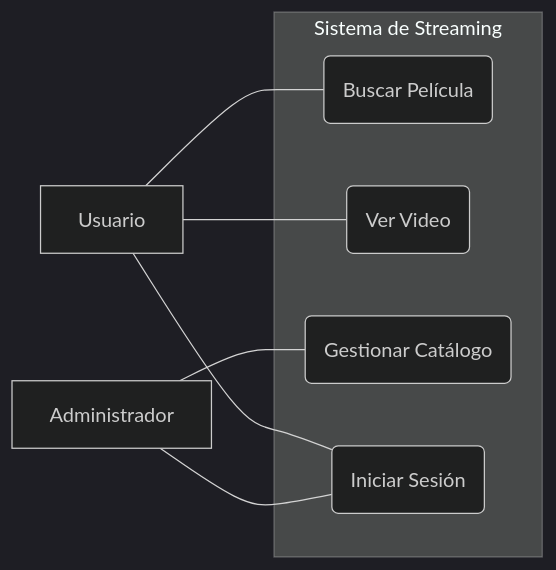
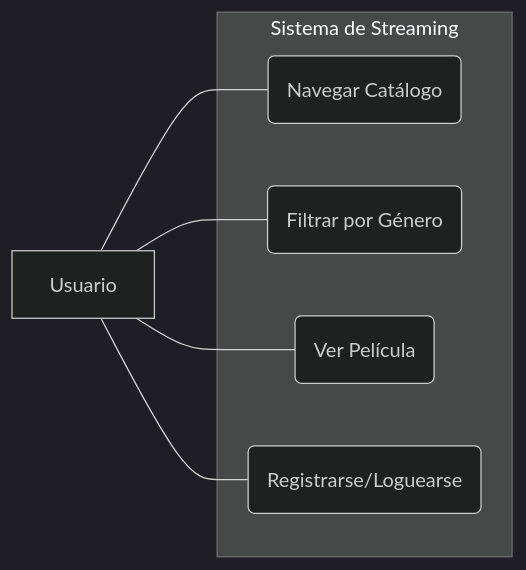
Before and after one commit to Angeluchidev/app_streaming_web: the first of 2 diagrams in DOCUMENTACION_UML.md, drawn with Mermaid (dark theme). The commit also changed other lines of this file and 3 other files, not shown here.

````diff
--- a/DOCUMENTACION_UML.md
+++ b/DOCUMENTACION_UML.md
@@ -22,18 +15,16 @@
 ```mermaid
 graph LR
     U[Usuario]
-    A[Administrador]
     
     subgraph "Sistema de Streaming"
-        UC1(Buscar Película)
-        UC2(Ver Video)
-        UC3(Gestionar Catálogo)
-        UC4(Iniciar Sesión)
+        UC1(Navegar Catálogo)
+        UC2(Filtrar por Género)
+        UC3(Ver Película)
+        UC4(Registrarse/Loguearse)
     end
     
     U --- UC1
     U --- UC2
+    U --- UC3
     U --- UC4
-    A --- UC3
-    A --- UC4
 ```
````
